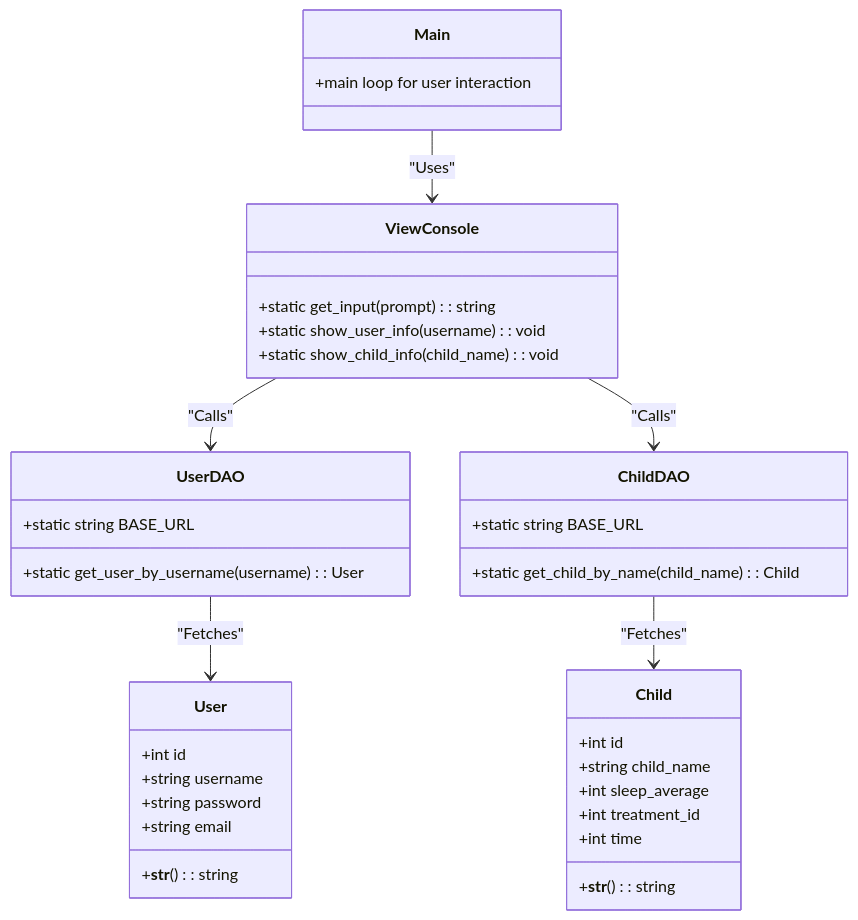
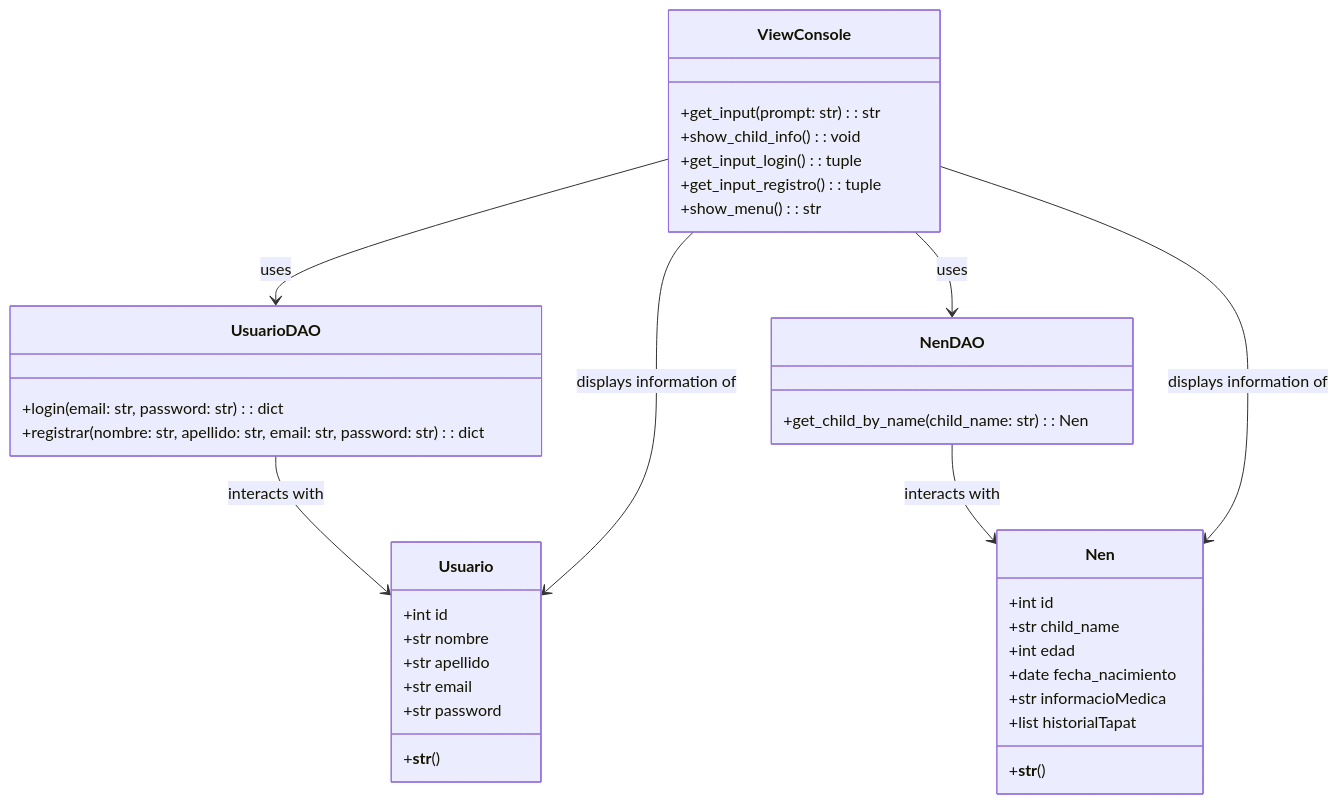
One commit to mactiburon/tapatapp changed the diagram in Prototype2/DiagramaClienteP2.mermaid. Above: the diagram before and after it, drawn with Mermaid.

```diff
--- a/Prototype2/DiagramaClienteP2.mermaid
+++ b/Prototype2/DiagramaClienteP2.mermaid
@@ -1,43 +1,43 @@
 classDiagram
-    class User {
+    class Usuario {
         +int id
-        +string username
-        +string password
-        +string email
-        +__str__(): string
+        +str nombre
+        +str apellido
+        +str email
+        +str password
+        +__str__()
     }
 
-    class UserDAO {
-        +static string BASE_URL
-        +static get_user_by_username(username): User
+    class Nen {
+        +int id
+        +str child_name
+        +int edad
+        +date fecha_nacimiento
+        +str informacioMedica
+        +list historialTapat
+        +__str__()
     }
 
-    class Child {
-        +int id
-        +string child_name
-        +int sleep_average
-        +int treatment_id
-        +int time
-        +__str__(): string
+    class UsuarioDAO {
+        +login(email: str, password: str) : dict
+        +registrar(nombre: str, apellido: str, email: str, password: str) : dict
     }
 
-    class ChildDAO {
-        +static string BASE_URL
-        +static get_child_by_name(child_name): Child
+    class NenDAO {
+        +get_child_by_name(child_name: str) : Nen
     }
 
     class ViewConsole {
-        +static get_input(prompt): string
-        +static show_user_info(username): void
-        +static show_child_info(child_name): void
+        +get_input(prompt: str) : str
+        +show_child_info() : void
+        +get_input_login() : tuple
+        +get_input_registro() : tuple
+        +show_menu() : str
     }
 
-    class Main {
-        +main loop for user interaction
-    }
-
-    UserDAO --> User : "Fetches"
-    ChildDAO --> Child : "Fetches"
-    ViewConsole --> UserDAO : "Calls"
-    ViewConsole --> ChildDAO : "Calls"
-    Main --> ViewConsole : "Uses"
+    UsuarioDAO --> Usuario : interacts with
+    NenDAO --> Nen : interacts with
+    ViewConsole --> UsuarioDAO : uses
+    ViewConsole --> NenDAO : uses
+    ViewConsole --> Nen : displays information of
+    ViewConsole --> Usuario : displays information of
```
